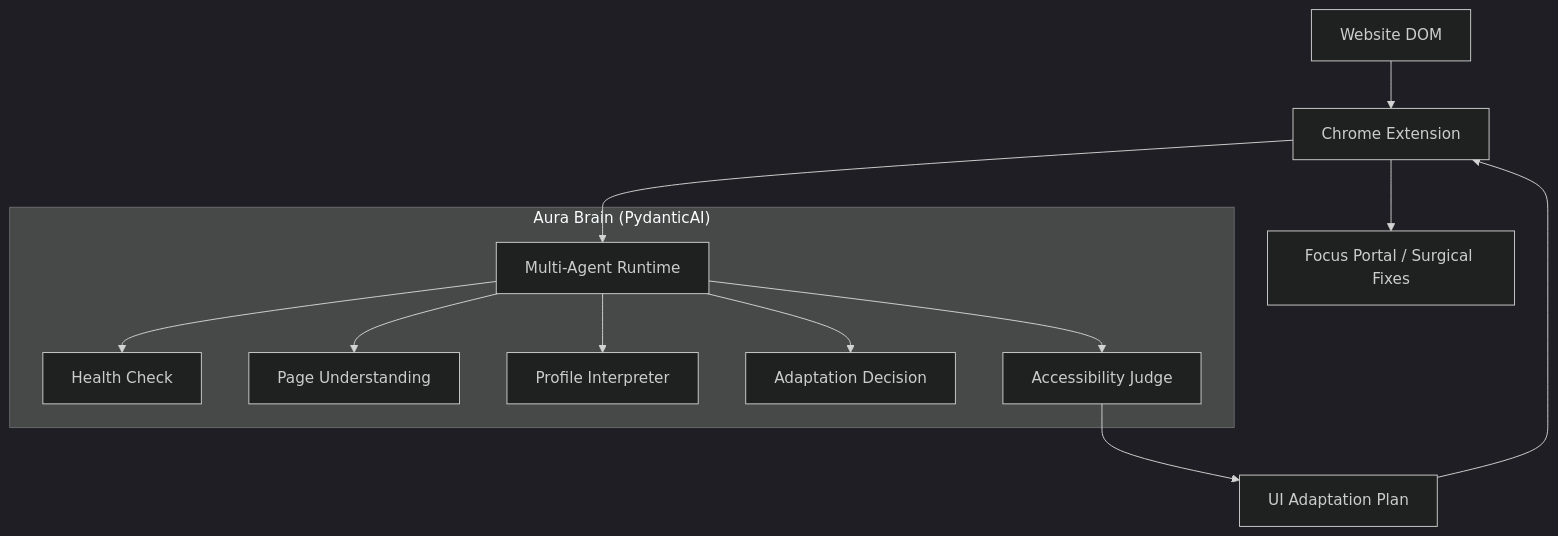
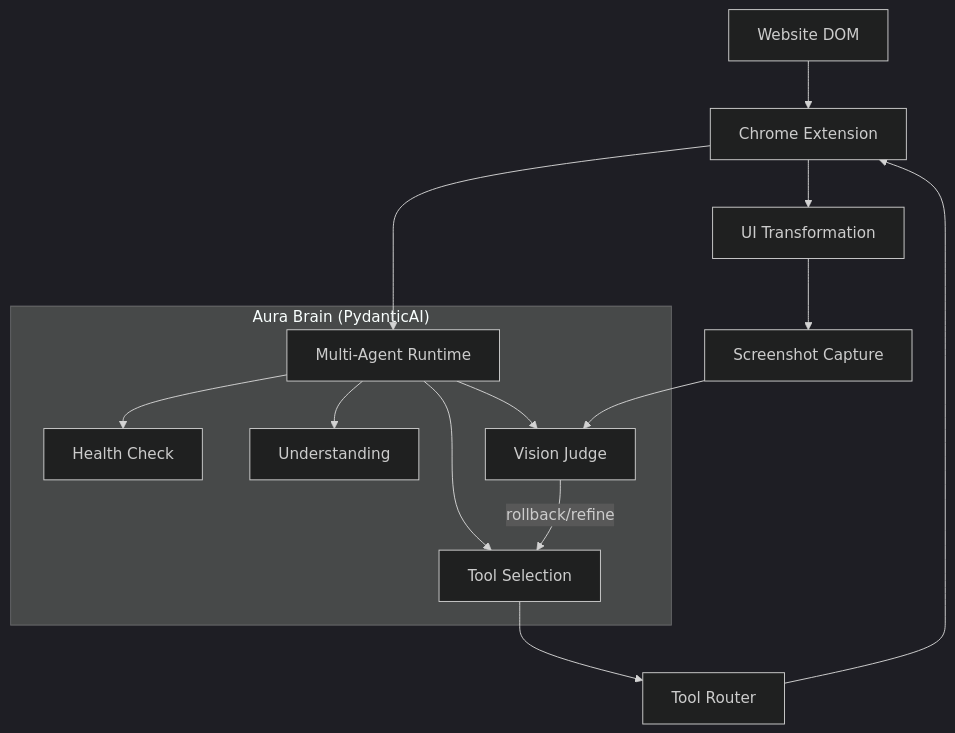
One commit to Fpengz/iNTUition changed the diagram in README.md. Above: the diagram before and after it, drawn with Mermaid (dark theme). The commit also changed other lines of this file and 32 other files, not shown here.

First line of the commit message:
feat: implement Tool Router, Vision Loop, and Token Streaming

````diff
--- a/README.md
+++ b/README.md
@@ -14,15 +17,17 @@
 ```mermaid
 graph TD
     A[Website DOM] --> B[Chrome Extension]
     B --> C[Multi-Agent Runtime]
     subgraph "Aura Brain (PydanticAI)"
         C --> C1[Health Check]
-        C --> C2[Page Understanding]
-        C --> C3[Profile Interpreter]
-        C --> C4[Adaptation Decision]
-        C --> C5[Accessibility Judge]
+        C --> C2[Understanding]
+        C --> C3[Tool Selection]
+        C --> C4[Vision Judge]
     end
-    C5 --> D[UI Adaptation Plan]
+    C3 --> D[Tool Router]
     D --> B
-    B --> E[Focus Portal / Surgical Fixes]
+    B --> E[UI Transformation]
+    E --> F[Screenshot Capture]
+    F --> C4
+    C4 -- rollback/refine --> C3
 ```
````
